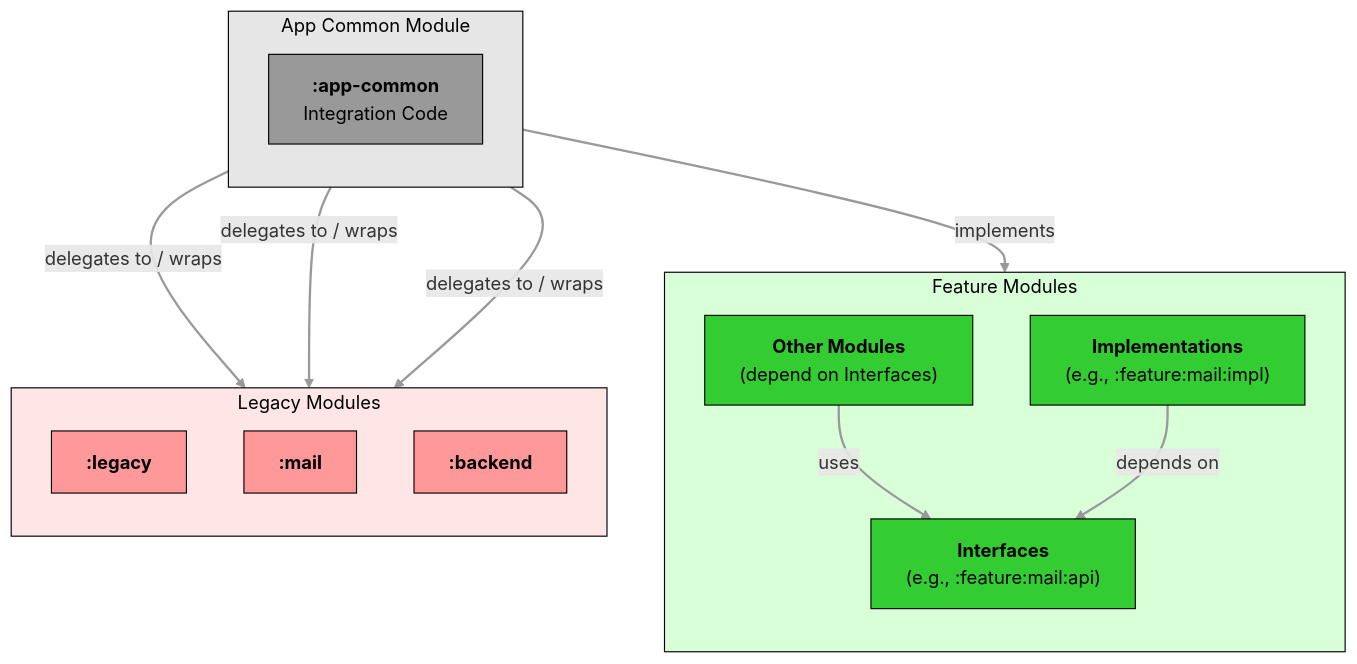
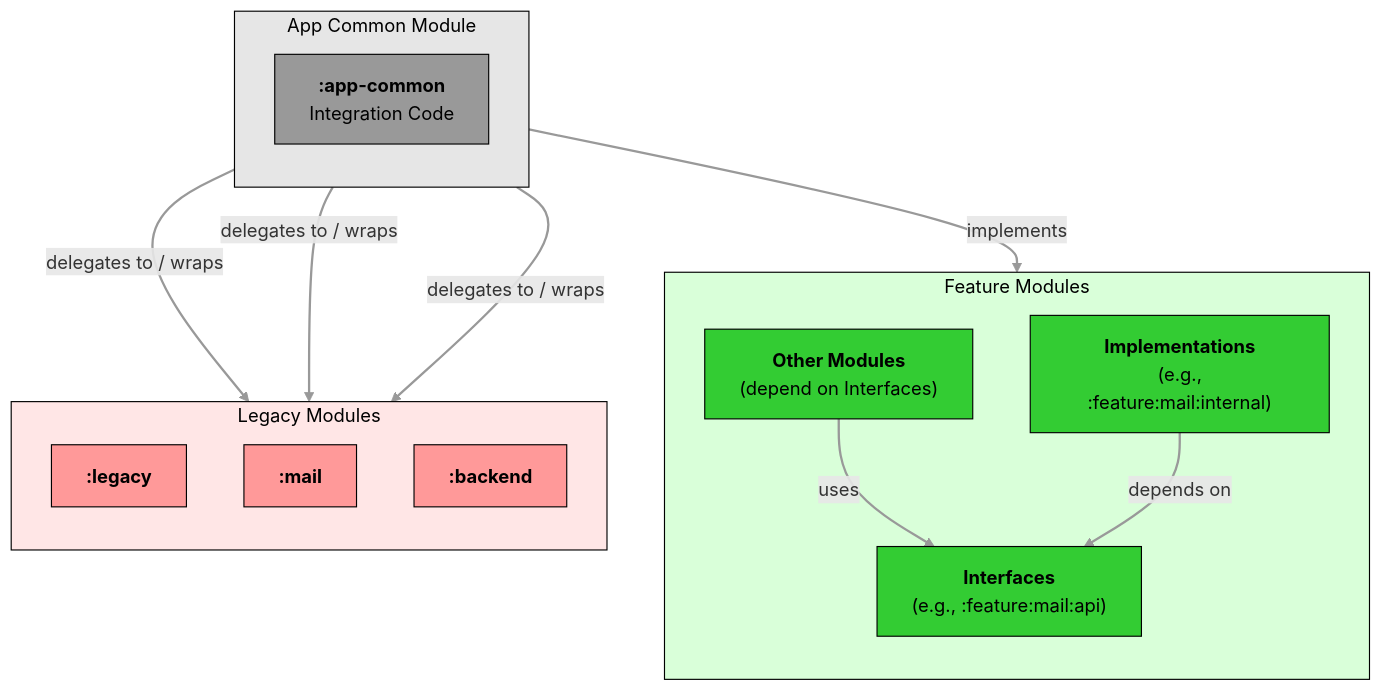
One commit to thunderbird/thunderbird-android changed the first of 2 diagrams in docs/architecture/legacy-module-integration.md. Above: the diagram before and after it, drawn with Mermaid. The commit also changed other lines of this file and 6 other files, not shown here.

Commit message:
docs(architecture): update module structure and naming conventions per ADR-0009

````diff
--- a/docs/architecture/legacy-module-integration.md
+++ b/docs/architecture/legacy-module-integration.md
@@ -59,44 +59,44 @@
 ```mermaid
 graph TB
     subgraph FEATURE[Feature Modules]
         direction TB
         INTERFACES["`**Interfaces**<br> (e.g., :feature:mail:api)`"]
-        IMPLEMENTATIONS["`**Implementations**<br> (e.g., :feature:mail:impl)`"]
+        IMPLEMENTATIONS["`**Implementations**<br> (e.g., :feature:mail:internal)`"]
         OTHER_MODULES["`**Other Modules**<br>(depend on Interfaces)`"]
     end
 
     subgraph COMMON[App Common Module]
         direction TB
         COMMON_APP["`**:app-common**<br>Integration Code`"]
     end
 
     subgraph LEGACY[Legacy Modules]
         direction TB
         LEGACY_K9["`**:legacy**`"]
         LEGACY_MAIL["`**:mail**`"]
         LEGACY_BACKEND["`**:backend**`"]
     end
 
     OTHER_MODULES --> |uses| INTERFACES
     IMPLEMENTATIONS --> |depends on| INTERFACES
     COMMON_APP --> |implements| INTERFACES
     COMMON_APP --> |delegates to / wraps| LEGACY_K9
     COMMON_APP --> |delegates to / wraps| LEGACY_MAIL
     COMMON_APP --> |delegates to / wraps| LEGACY_BACKEND
 
     classDef common fill:#e6e6e6,stroke:#000000,color:#000000
     classDef common_module fill:#999999,stroke:#000000,color:#000000
     classDef feature fill:#d9ffd9,stroke:#000000,color:#000000
     classDef feature_module fill:#33cc33,stroke:#000000,color:#000000
     classDef legacy fill:#ffe6e6,stroke:#000000,color:#000000
     classDef legacy_module fill:#ff9999,stroke:#000000,color:#000000
 
     linkStyle default stroke:#999,stroke-width:2px
 
     class COMMON common
     class COMMON_APP common_module
     class FEATURE feature
     class INTERFACES,IMPLEMENTATIONS,OTHER_MODULES feature_module
     class LEGACY legacy
     class LEGACY_MAIL,LEGACY_BACKEND,LEGACY_K9 legacy_module
 ```
````
